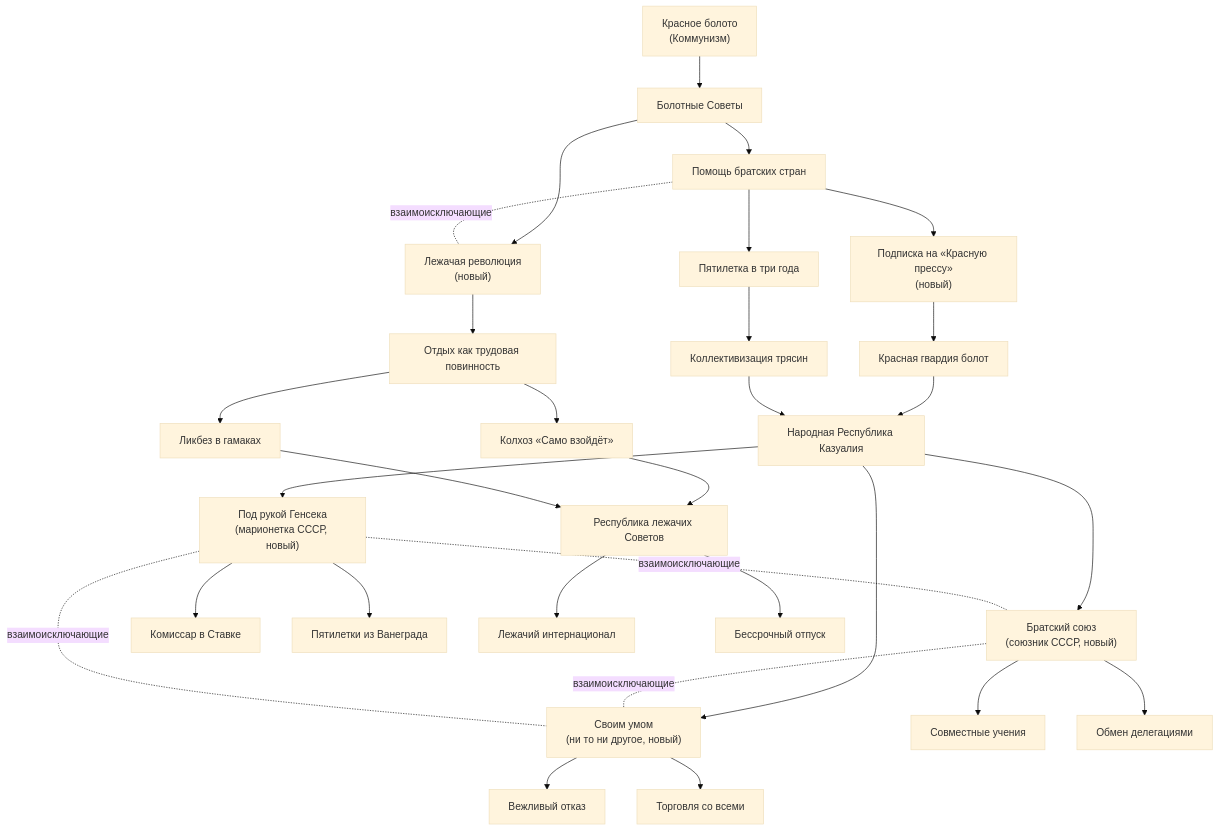
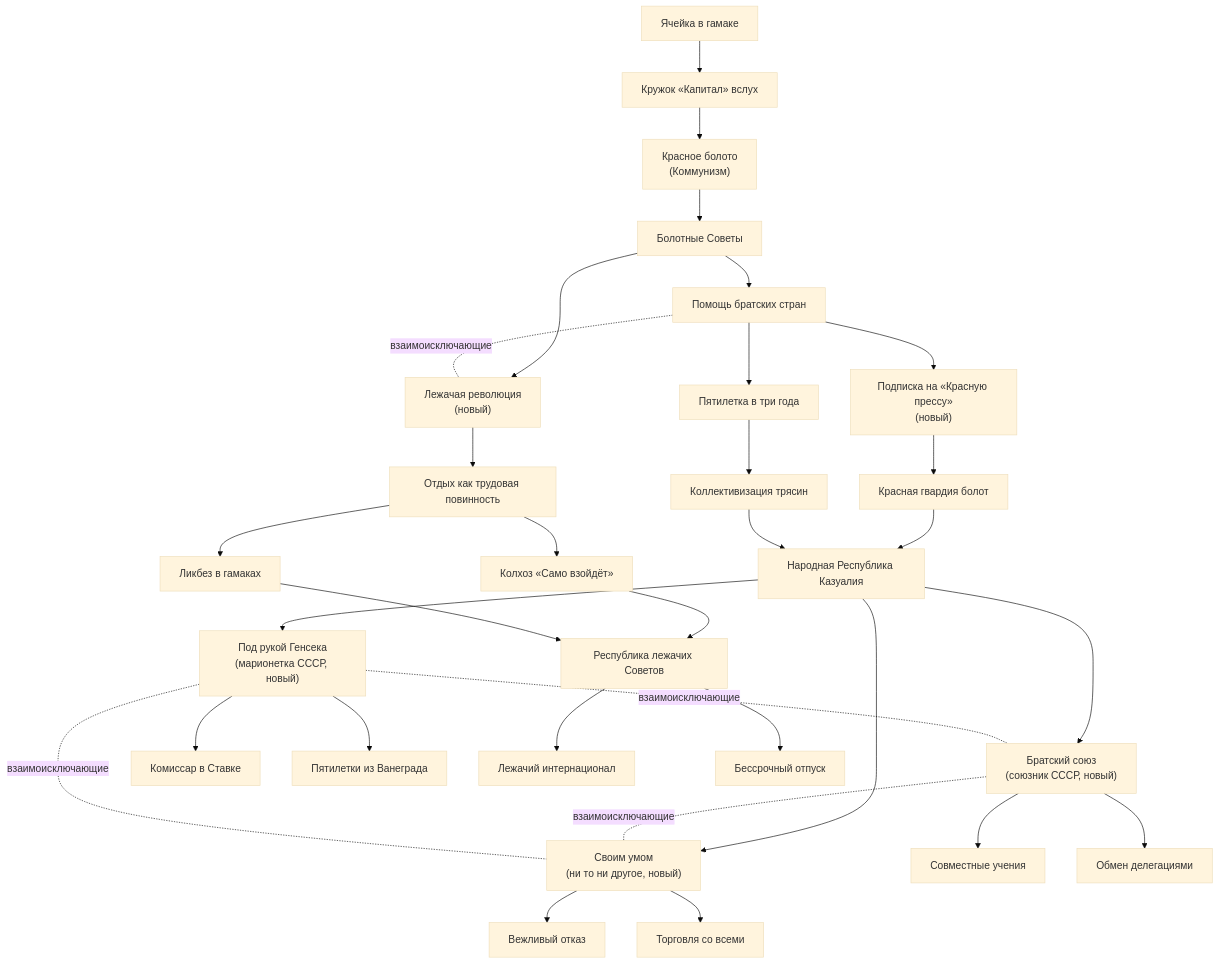
One commit to CatShredia/casuality-mod changed the sixth of 12 diagrams in docs/focuses/Kazualia-Focus-Tree.md. Above: the diagram before and after it, drawn with Mermaid (base theme). The commit also changed other lines of this file and 21 other files, not shown here.

````diff
--- a/docs/focuses/Kazualia-Focus-Tree.md
+++ b/docs/focuses/Kazualia-Focus-Tree.md
@@ -255,32 +279,32 @@
 ```mermaid
 flowchart TD
-    C1["Красное болото<br/>(Коммунизм)"] --> C2["Болотные Советы"]
+    MC1["Ячейка в гамаке"] --> MC2["Кружок «Капитал» вслух"] --> C1["Красное болото<br/>(Коммунизм)"] --> C2["Болотные Советы"]
     C2 --> C3["Помощь братских стран"]
     C2 --> L1["Лежачая революция<br/>(новый)"]
     C3 -. "взаимоисключающие" .- L1
     C3 --> P1["Подписка на «Красную прессу»<br/>(новый)"]
     C3 --> C4["Пятилетка в три года"]
     P1 --> C5["Красная гвардия болот"]
     C4 --> C6["Коллективизация трясин"]
     C5 --> C7["Народная Республика Казуалия"]
     C6 --> C7
     C7 --> F1["Под рукой Генсека<br/>(марионетка СССР, новый)"]
     C7 --> F2["Братский союз<br/>(союзник СССР, новый)"]
     C7 --> F3["Своим умом<br/>(ни то ни другое, новый)"]
     F1 -. "взаимоисключающие" .- F2
     F2 -. "взаимоисключающие" .- F3
     F1 -. "взаимоисключающие" .- F3
     F1 --> F1a["Комиссар в Ставке"]
     F1 --> F1b["Пятилетки из Ванеграда"]
     F2 --> F2a["Совместные учения"]
     F2 --> F2b["Обмен делегациями"]
     F3 --> F3a["Вежливый отказ"]
     F3 --> F3b["Торговля со всеми"]
     L1 --> K1["Отдых как трудовая повинность"]
     K1 --> K2["Колхоз «Само взойдёт»"]
     K1 --> K3["Ликбез в гамаках"]
     K2 --> K4["Республика лежачих Советов"]
     K3 --> K4
     K4 --> K5["Лежачий интернационал"]
     K4 --> K6["Бессрочный отпуск"]
 ```
````
